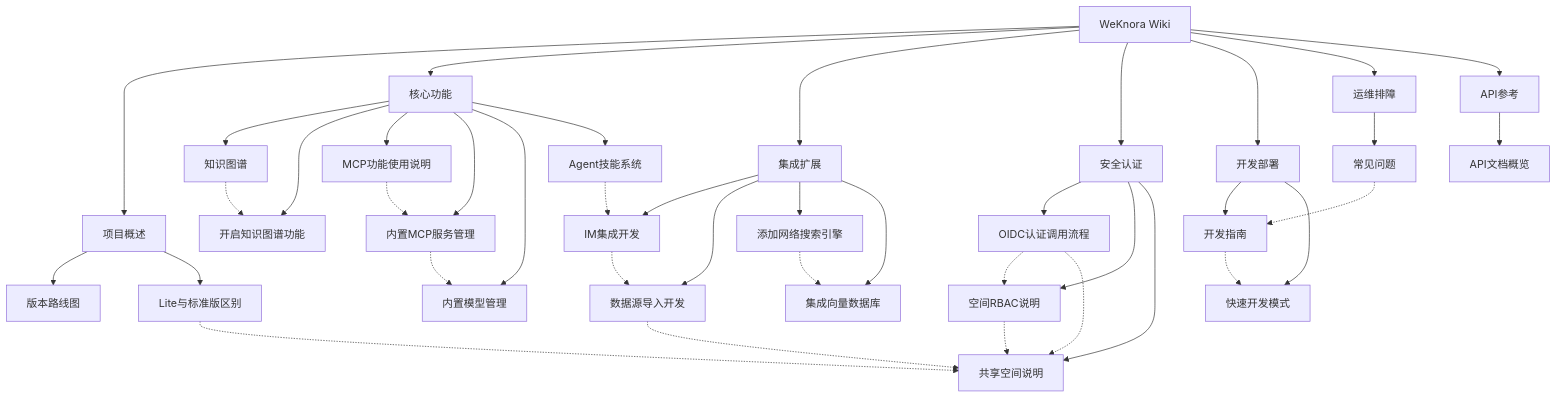
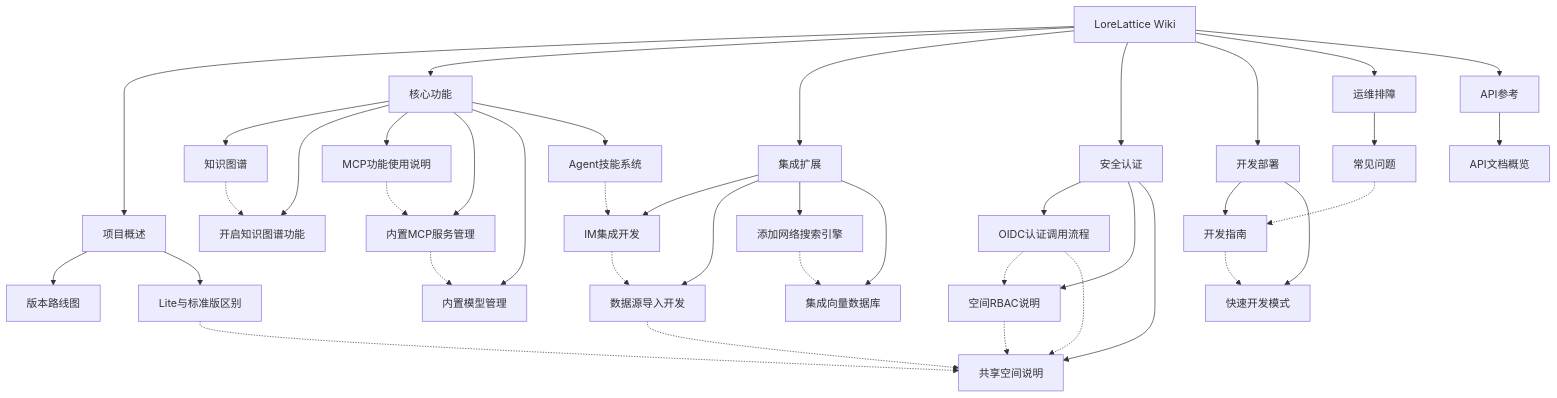
One commit to Pototoooo/LoreLattice changed the diagram in docs/wiki/Home.md. Above: the diagram before and after it, drawn with Mermaid. The commit also changed other lines of this file and 1462 other files, not shown here.

Commit message:
chore: rename project to LoreLattice

````diff
--- a/docs/wiki/Home.md
+++ b/docs/wiki/Home.md
@@ -71,51 +71,51 @@
 ```mermaid
 graph TB
-    Home[WeKnora Wiki]
+    Home[LoreLattice Wiki]
     Home --> 项目概述
     Home --> 核心功能
     Home --> 集成扩展
     Home --> 安全认证
     Home --> 开发部署
     Home --> 运维排障
     Home --> API参考
 
     项目概述 --> ROADMAP[版本路线图]
     项目概述 --> LITE[Lite与标准版区别]
 
     核心功能 --> KG[知识图谱]
     核心功能 --> KGSetup[开启知识图谱功能]
     核心功能 --> MCP[MCP功能使用说明]
     核心功能 --> BuiltinMCP[内置MCP服务管理]
     核心功能 --> BuiltinModel[内置模型管理]
     核心功能 --> Skills[Agent技能系统]
 
     集成扩展 --> IM[IM集成开发]
     集成扩展 --> DS[数据源导入开发]
     集成扩展 --> WebSearch[添加网络搜索引擎]
     集成扩展 --> VecDB[集成向量数据库]
 
     安全认证 --> OIDC[OIDC认证调用流程]
     安全认证 --> RBAC[空间RBAC说明]
     安全认证 --> SharedSpace[共享空间说明]
 
     开发部署 --> DevGuide[开发指南]
     开发部署 --> QuickDev[快速开发模式]
 
     运维排障 --> FAQ[常见问题]
 
     API参考 --> APIOverview[API文档概览]
 
     KG -.-> KGSetup
     MCP -.-> BuiltinMCP
     BuiltinMCP -.-> BuiltinModel
     Skills -.-> IM
     IM -.-> DS
     DS -.-> SharedSpace
     OIDC -.-> RBAC
     RBAC -.-> SharedSpace
     OIDC -.-> SharedSpace
     LITE -.-> SharedSpace
     WebSearch -.-> VecDB
     DevGuide -.-> QuickDev
     FAQ -.-> DevGuide
 ```
````
